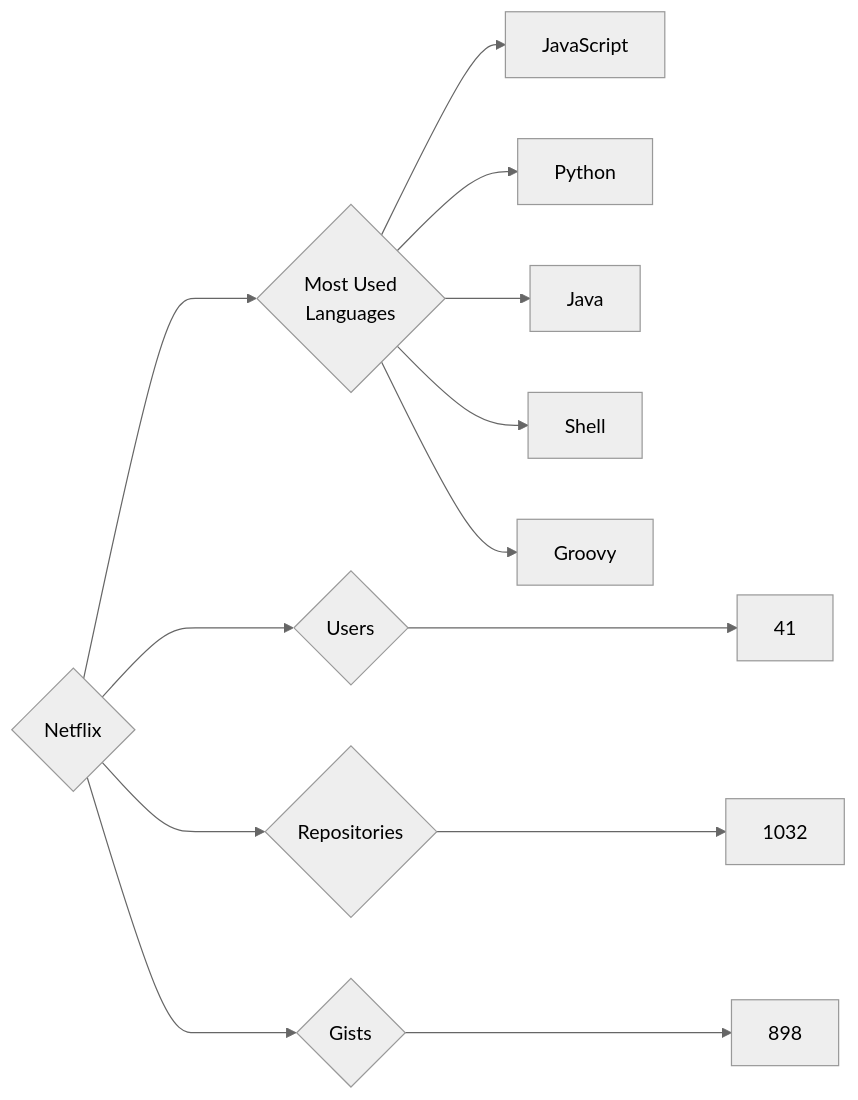
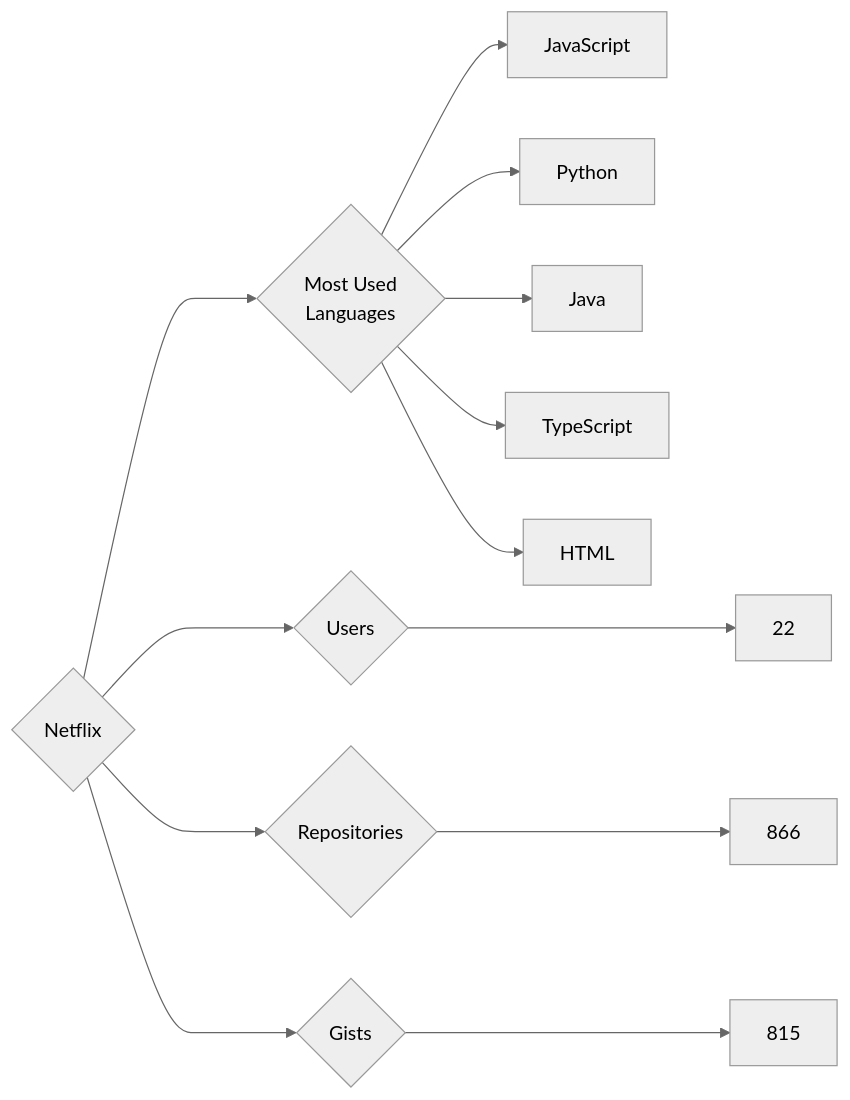
One commit to trickest/insiders changed the diagram in targets/Netflix/README.md. Above: the diagram before and after it, drawn with Mermaid (neutral theme). The commit also changed 948 other files, not shown here.

````diff
--- a/targets/Netflix/README.md
+++ b/targets/Netflix/README.md
@@ -3,13 +3,13 @@
 ```mermaid
 graph LR
 COMPANY_NAME{Netflix}
-COMPANY_NAME ---> U{Users} ---> UN[41]
-COMPANY_NAME ---> R{Repositories} ---> RN[1032]
-COMPANY_NAME ---> G{Gists} ---> GN[898]
+COMPANY_NAME ---> U{Users} ---> UN[22]
+COMPANY_NAME ---> R{Repositories} ---> RN[866]
+COMPANY_NAME ---> G{Gists} ---> GN[815]
 COMPANY_NAME ---> ML{Most Used<br>Languages}
 ML --> JavaScript[JavaScript]
 ML --> Python[Python]
 ML --> Java[Java]
-ML --> Shell[Shell]
-ML --> Groovy[Groovy]
+ML --> TypeScript[TypeScript]
+ML --> HTML[HTML]
 ```
````
